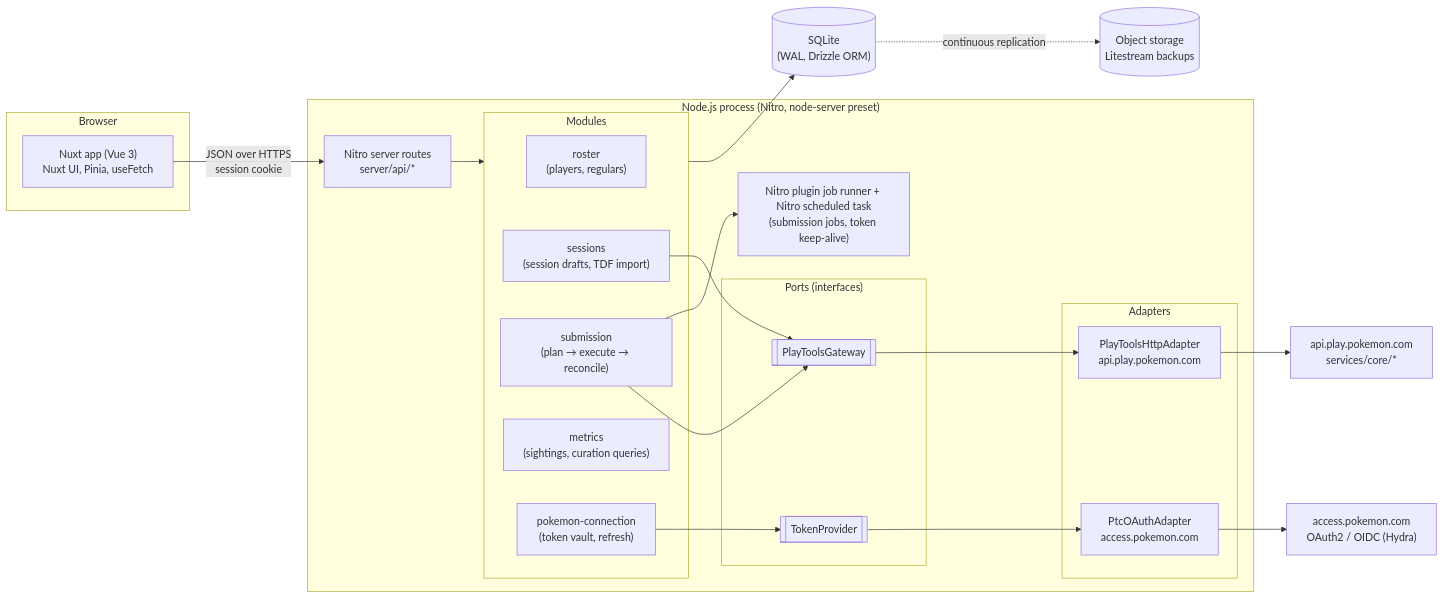
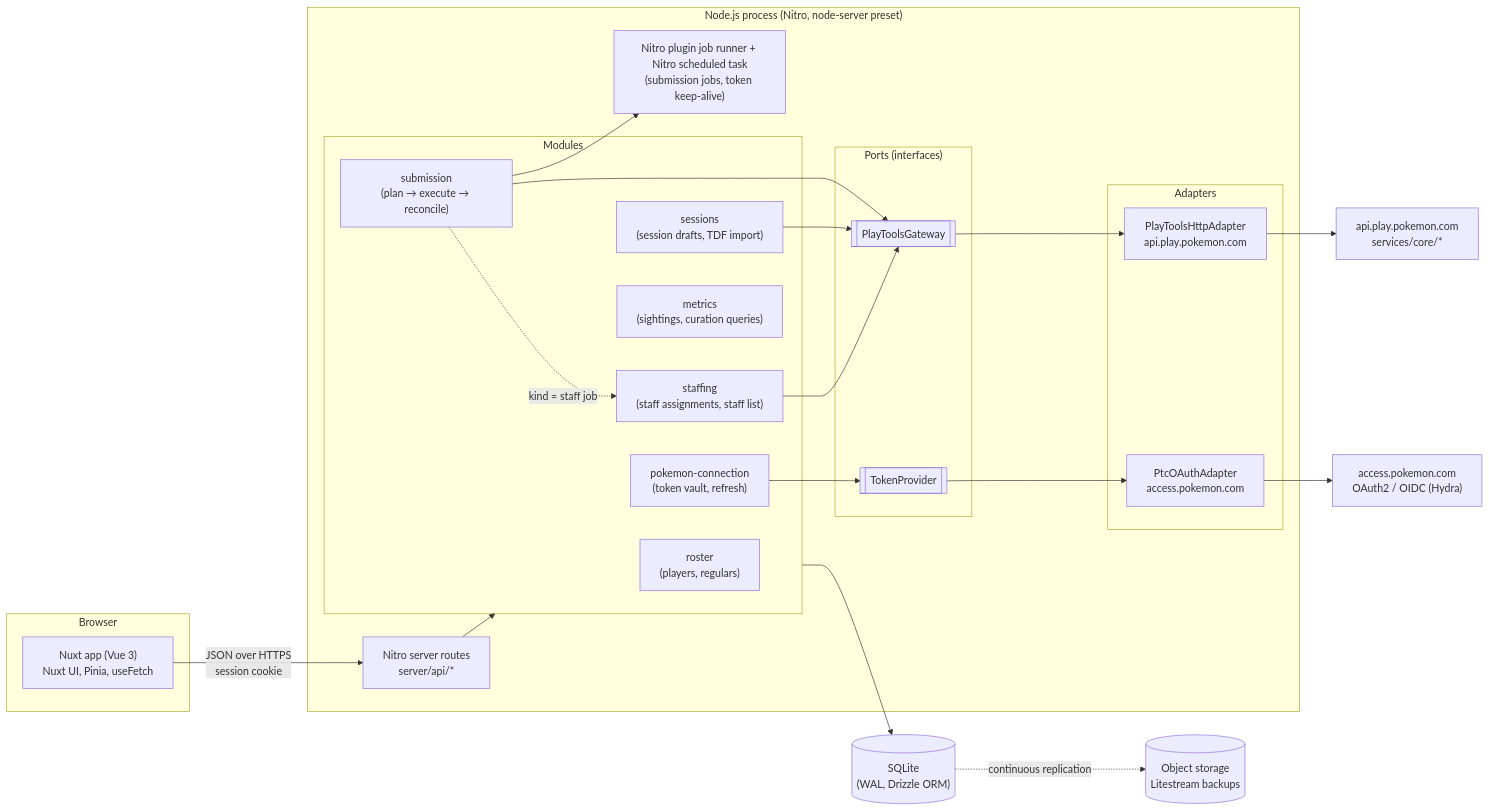
Before and after one commit to Towerism/play-pokemon-attendance-web: the first of 6 diagrams in docs/architecture/README.md, drawn with Mermaid. The commit also changed other lines of this file and 3 other files, not shown here.

First line of the commit message:
docs(architecture): propose staff assignment (ADR-0007, M8)

````diff
--- a/docs/architecture/README.md
+++ b/docs/architecture/README.md
@@ -59,40 +60,43 @@
 ```mermaid
 flowchart LR
   subgraph Browser
     SPA["Nuxt app (Vue 3)<br/>Nuxt UI, Pinia, useFetch"]
   end
 
   subgraph Server["Node.js process (Nitro, node-server preset)"]
     API["Nitro server routes<br/>server/api/*"]
     subgraph Modules
       ROSTER["roster<br/>(players, regulars)"]
       SESSION["sessions<br/>(session drafts, TDF import)"]
       SUBMIT["submission<br/>(plan → execute → reconcile)"]
       METRICS["metrics<br/>(sightings, curation queries)"]
+      STAFF["staffing<br/>(staff assignments, staff list)"]
       PCONN["pokemon-connection<br/>(token vault, refresh)"]
     end
     JOBS["Nitro plugin job runner + Nitro scheduled task<br/>(submission jobs, token keep-alive)"]
     subgraph Ports["Ports (interfaces)"]
       P1[[TokenProvider]]
       P2[[PlayToolsGateway]]
     end
     subgraph Adapters
       A1["PtcOAuthAdapter<br/>access.pokemon.com"]
       A2["PlayToolsHttpAdapter<br/>api.play.pokemon.com"]
     end
   end
 
   DB[("SQLite<br/>(WAL, Drizzle ORM)")]
   BK[("Object storage<br/>Litestream backups")]
   PTC["access.pokemon.com<br/>OAuth2 / OIDC (Hydra)"]
   OP["api.play.pokemon.com<br/>services/core/*"]
 
   SPA -- "JSON over HTTPS<br/>session cookie" --> API
   API --> Modules
   SUBMIT --> JOBS
   PCONN --> P1 --> A1 --> PTC
   SUBMIT --> P2 --> A2 --> OP
   SESSION --> P2
+  STAFF --> P2
+  SUBMIT -. "kind = staff job" .-> STAFF
   Modules --> DB
   DB -. continuous replication .-> BK
 ```
````
